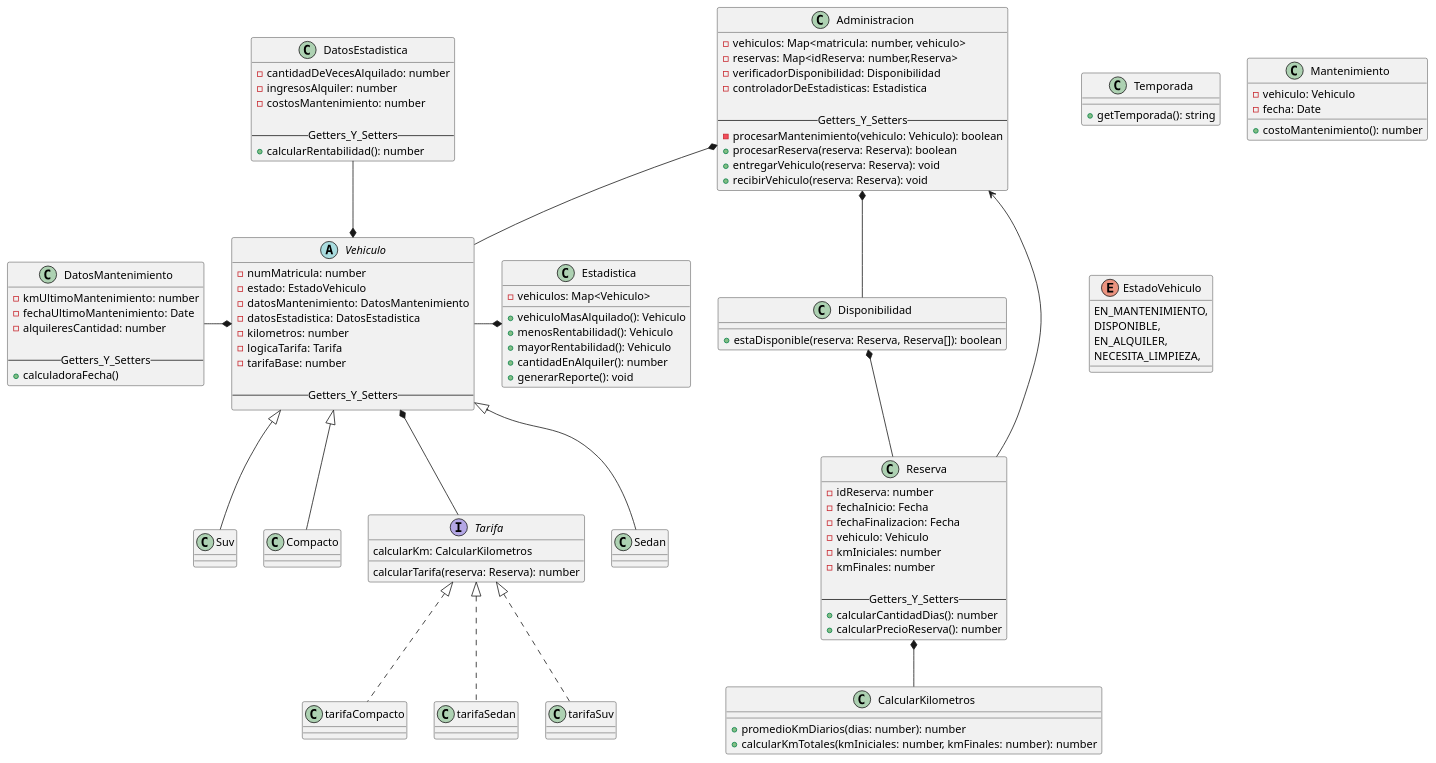
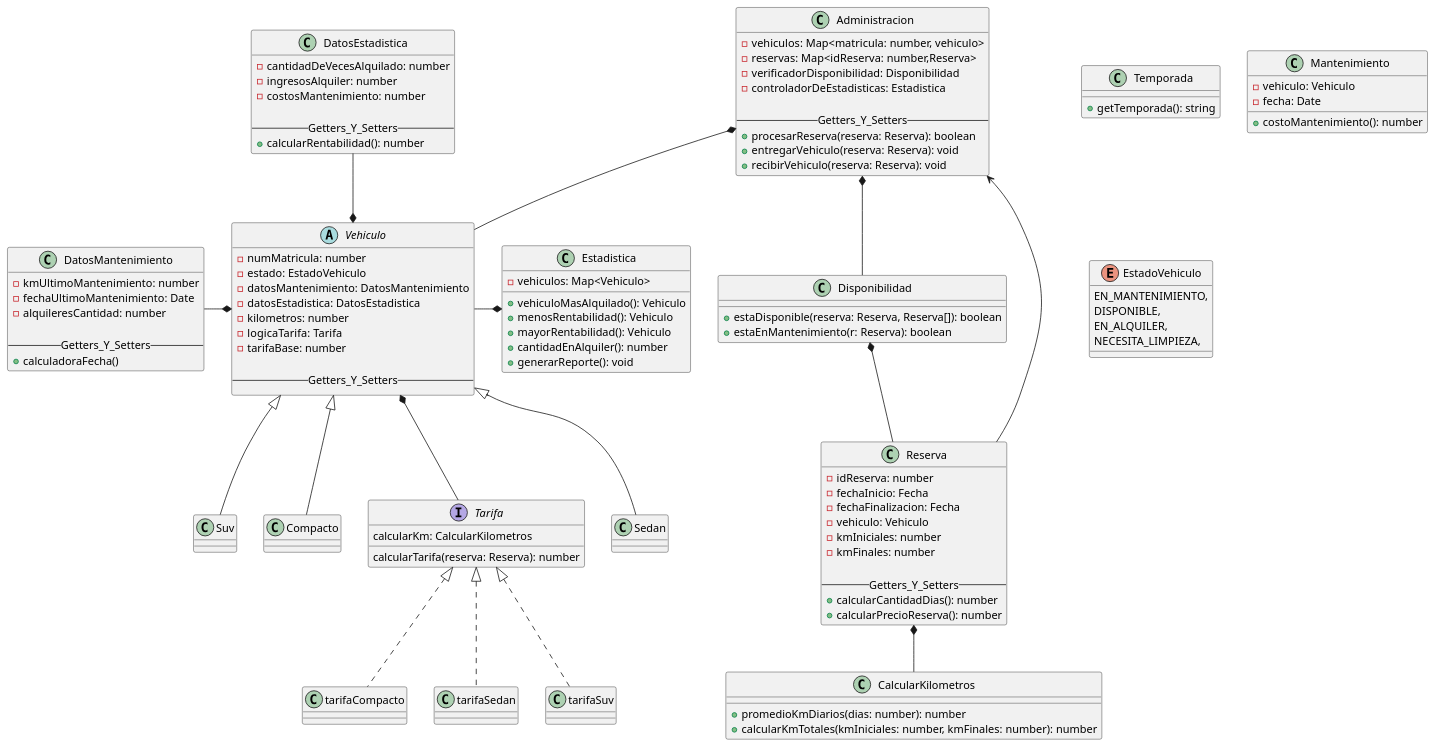
Before and after one commit to Nash-Blip/Programaci-n-II: the diagram in diagrama/DiagramaDeClases_enu2.puml, drawn with PlantUML.

```diff
--- a/diagrama/DiagramaDeClases_enu2.puml
+++ b/diagrama/DiagramaDeClases_enu2.puml
@@ -1,122 +1,122 @@
 @startuml name prototipoTP
 
 abstract class Vehiculo{
     - numMatricula: number
     - estado: EstadoVehiculo
     - datosMantenimiento: DatosMantenimiento
     - datosEstadistica: DatosEstadistica
     - kilometros: number
     - logicaTarifa: Tarifa
     - tarifaBase: number
 
     --Getters_Y_Setters--
 }
 
 class Sedan extends Vehiculo{}
 class Suv extends Vehiculo{}
 class Compacto extends Vehiculo{}
 
 class Temporada{
     +getTemporada(): string
 }
 
 class DatosEstadistica{
     -cantidadDeVecesAlquilado: number
     -ingresosAlquiler: number
     -costosMantenimiento: number
 
     --Getters_Y_Setters--
     +calcularRentabilidad(): number
 }
 
 class Mantenimiento{
     -vehiculo: Vehiculo
     -fecha: Date
 
     +costoMantenimiento(): number
 }
 
 class DatosMantenimiento{
     -kmUltimoMantenimiento: number
     -fechaUltimoMantenimiento: Date 
     -alquileresCantidad: number
 
     --Getters_Y_Setters--
     + calculadoraFecha()
 }
 
 interface Tarifa{
     calcularKm: CalcularKilometros
     calcularTarifa(reserva: Reserva): number
 }
 
 class tarifaSuv implements Tarifa{}
 
 class tarifaCompacto implements Tarifa{}
 
 class tarifaSedan implements Tarifa{}
 
 class Reserva{
     -idReserva: number
     -fechaInicio: Fecha
     -fechaFinalizacion: Fecha
     -vehiculo: Vehiculo
     -kmIniciales: number
     -kmFinales: number
 
     --Getters_Y_Setters--
     +calcularCantidadDias(): number
     +calcularPrecioReserva(): number
 }
 
 class CalcularKilometros{
     +promedioKmDiarios(dias: number): number
     +calcularKmTotales(kmIniciales: number, kmFinales: number): number
 }
 
 enum EstadoVehiculo{
     EN_MANTENIMIENTO,
     DISPONIBLE,
     EN_ALQUILER,
     NECESITA_LIMPIEZA,
 }
 
 class Administracion{
     -vehiculos: Map<matricula: number, vehiculo>
     -reservas: Map<idReserva: number,Reserva>
     -verificadorDisponibilidad: Disponibilidad
     -controladorDeEstadisticas: Estadistica
 
     --Getters_Y_Setters--
-    -procesarMantenimiento(vehiculo: Vehiculo): boolean
     +procesarReserva(reserva: Reserva): boolean
     +entregarVehiculo(reserva: Reserva): void
     +recibirVehiculo(reserva: Reserva): void
 }
 
 class Disponibilidad{
     +estaDisponible(reserva: Reserva, Reserva[]): boolean
+    + estaEnMantenimiento(r: Reserva): boolean
 }
 
 class Estadistica{
     -vehiculos: Map<Vehiculo>
     + vehiculoMasAlquilado(): Vehiculo
     + menosRentabilidad(): Vehiculo
     + mayorRentabilidad(): Vehiculo
     + cantidadEnAlquiler(): number
     + generarReporte(): void
 }
 
 
 ' Relaciones
 Vehiculo *-- Tarifa
 Administracion *-- Vehiculo
 Disponibilidad *-- Reserva
 Reserva *-- CalcularKilometros
 Administracion *-- Disponibilidad
 Administracion <-- Reserva
 Vehiculo *-u- DatosEstadistica
 Vehiculo *-l- DatosMantenimiento
 Estadistica *-l- Vehiculo
 
 @enduml
```
